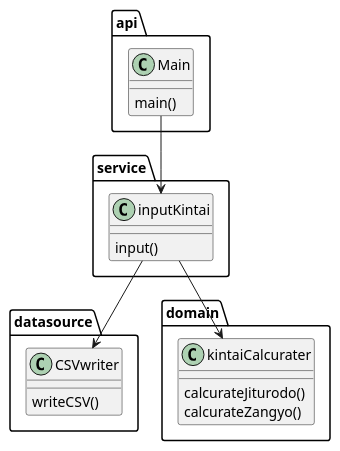
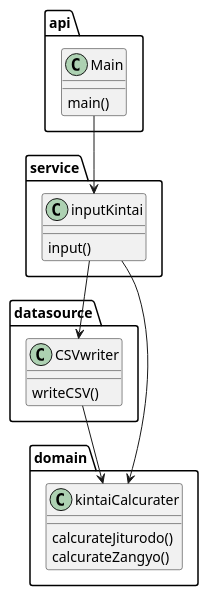
One commit to biglobe-isp/kintai changed the diagram in doc/classs-diagram.pu. Above: the diagram before and after it, drawn with PlantUML. The commit also changed 4 other files, not shown here.

```diff
--- a/doc/classs-diagram.pu
+++ b/doc/classs-diagram.pu
@@ -1,30 +1,31 @@
 @startuml
 package "api" {
     class Main{
         main()
     }
 }
 
 package "service" {
     class inputKintai{
         input()
     }
 }
 
 package "datasource"{
 class CSVwriter{
     writeCSV()
 }
 } 
 package "domain"{
 class kintaiCalcurater{
     calcurateJiturodo()
     calcurateZangyo()
 }
 } 
 
 
 Main-->inputKintai
 inputKintai-->kintaiCalcurater
 inputKintai-->CSVwriter
+CSVwriter-->kintaiCalcurater
 @enduml
```
